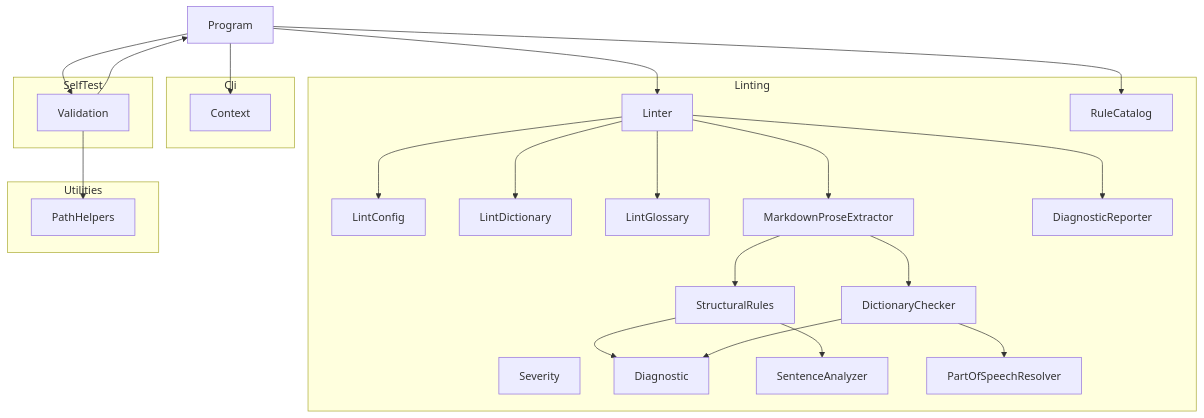
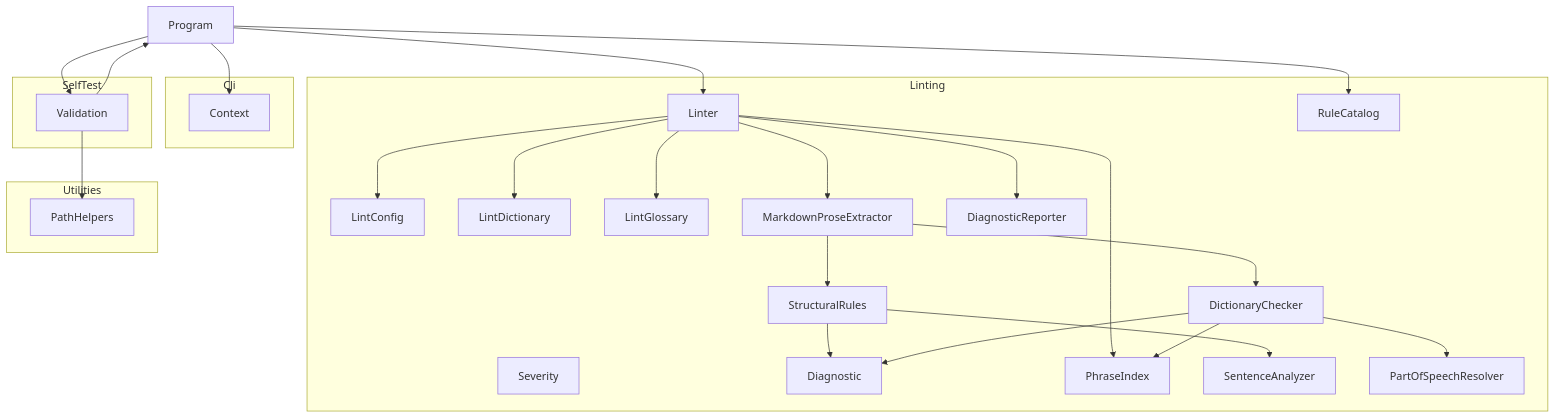
Before and after one commit to demaconsulting/Ste100Mark: the diagram in docs/design/ste100-mark.md, drawn with Mermaid. The commit also changed 25 other files, not shown here.

First line of the commit message:
Treat glossary and explicit allow-in-phrase entries as phrase allowances via PhraseIndex (#63)

````diff
--- a/docs/design/ste100-mark.md
+++ b/docs/design/ste100-mark.md
@@ -11,45 +11,48 @@
 ```mermaid
 flowchart TD
     Program
     subgraph Cli
         Context
     end
     subgraph Linting
         Severity
         Diagnostic
         LintConfig
         LintDictionary
         LintGlossary
+        PhraseIndex
         MarkdownProseExtractor
         SentenceAnalyzer
         StructuralRules
         DictionaryChecker
         PartOfSpeechResolver
         DiagnosticReporter
         Linter
         RuleCatalog
     end
     subgraph SelfTest
         Validation
     end
     subgraph Utilities
         PathHelpers
     end
     Program --> Context
     Program --> Linter
     Program --> Validation
     Program --> RuleCatalog
     Validation --> Program
     Validation --> PathHelpers
     Linter --> LintConfig
     Linter --> LintDictionary
     Linter --> LintGlossary
+    Linter --> PhraseIndex
     Linter --> MarkdownProseExtractor
     MarkdownProseExtractor --> StructuralRules
     MarkdownProseExtractor --> DictionaryChecker
     StructuralRules --> SentenceAnalyzer
     StructuralRules --> Diagnostic
     DictionaryChecker --> Diagnostic
     DictionaryChecker --> PartOfSpeechResolver
+    DictionaryChecker --> PhraseIndex
     Linter --> DiagnosticReporter
 ```
````
